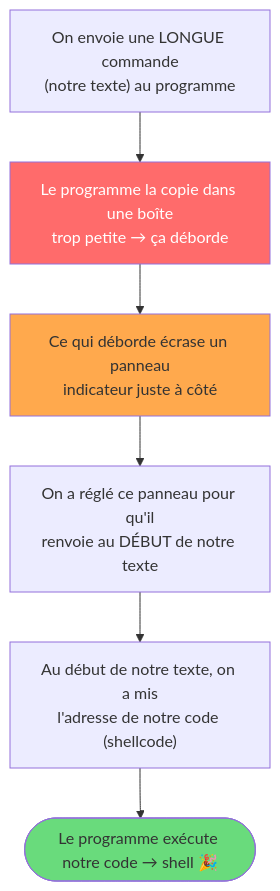
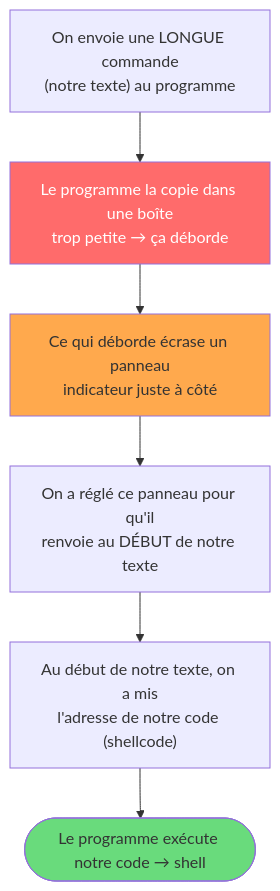
Before and after one commit to ft-Monolith/Rainfall: the first of 3 diagrams in level9/walkthrough.md, drawn with Mermaid. The commit also changed 7 other files, not shown here.

````diff
--- a/level9/walkthrough.md
+++ b/level9/walkthrough.md
@@ -221,12 +221,12 @@
 ```mermaid
 flowchart TD
     A["On envoie une LONGUE commande<br/>(notre texte) au programme"] --> B["Le programme la copie dans une boîte<br/>trop petite → ça déborde"]
     B --> C["Ce qui déborde écrase un panneau<br/>indicateur juste à côté"]
     C --> D["On a réglé ce panneau pour qu'il<br/>renvoie au DÉBUT de notre texte"]
     D --> E["Au début de notre texte, on a mis<br/>l'adresse de notre code (shellcode)"]
-    E --> F([Le programme exécute notre code → shell 🎉])
+    E --> F([Le programme exécute notre code → shell ])
 
     style B fill:#ff6b6b,color:#fff
     style C fill:#ffa94d
     style F fill:#69db7c
 ```
````
